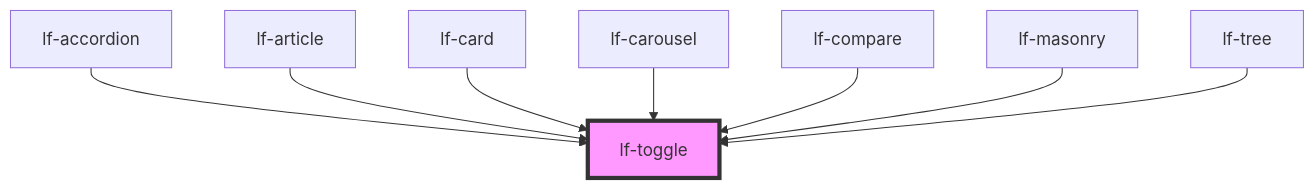
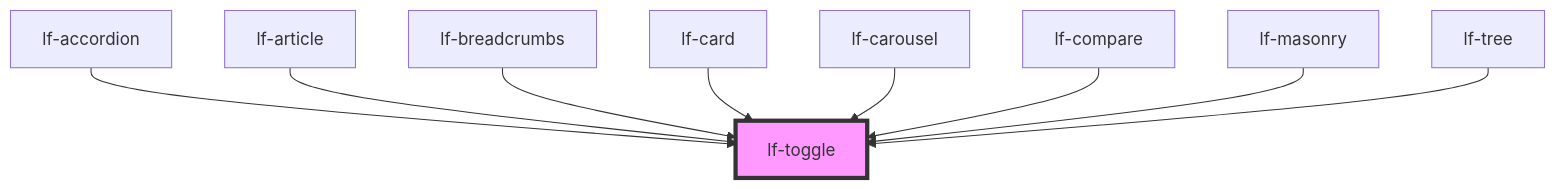
The diagram in packages/core/src/components/lf-toggle/readme.md (lucafoscili/lf-widgets), drawn with Mermaid before and after one commit. The commit also changed other lines of this file and 17 other files, not shown here.

````diff
--- a/packages/core/src/components/lf-toggle/readme.md
+++ b/packages/core/src/components/lf-toggle/readme.md
@@ -146,11 +147,12 @@
 ```mermaid
 graph TD;
   lf-accordion --> lf-toggle
   lf-article --> lf-toggle
+  lf-breadcrumbs --> lf-toggle
   lf-card --> lf-toggle
   lf-carousel --> lf-toggle
   lf-compare --> lf-toggle
   lf-masonry --> lf-toggle
   lf-tree --> lf-toggle
   style lf-toggle fill:#f9f,stroke:#333,stroke-width:4px
 ```
````
